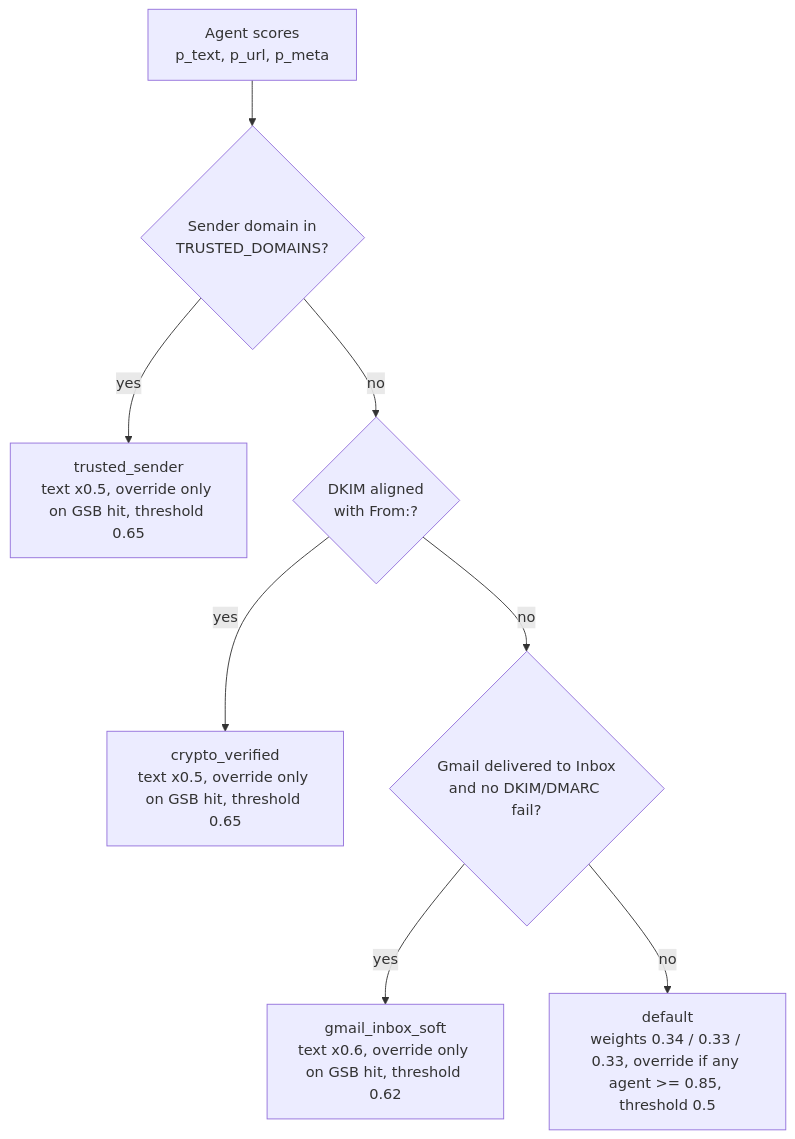
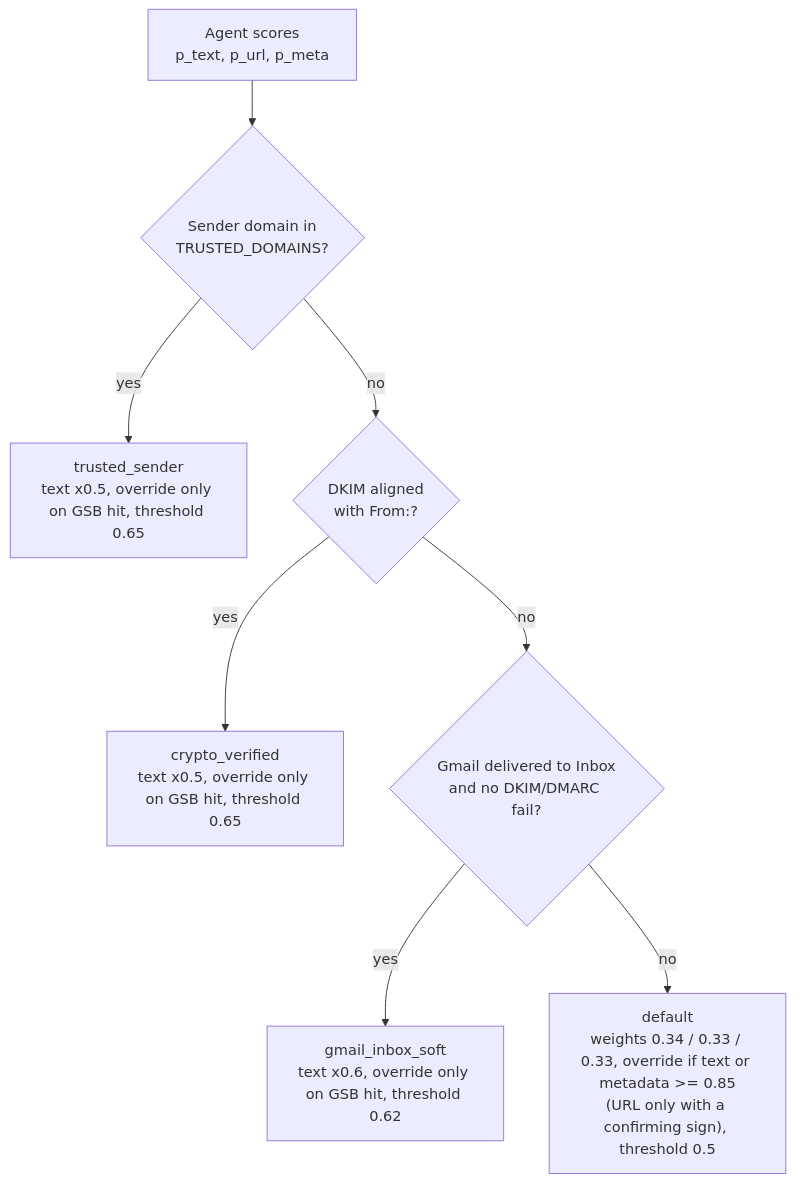
Before and after one commit to AnzouK/PhishLens: the third of 4 diagrams in docs/architecture.md, drawn with Mermaid. The commit also changed other lines of this file and 5 other files, not shown here.

Commit message:
fix(v1.15): URL agent needs a confirming sign to override; disconnected content scripts stop cleanly

````diff
--- a/docs/architecture.md
+++ b/docs/architecture.md
@@ -82,10 +82,10 @@
 ```mermaid
 flowchart TD
     S["Agent scores<br/>p_text, p_url, p_meta"] --> T{"Sender domain in<br/>TRUSTED_DOMAINS?"}
     T -- yes --> P1["trusted_sender<br/>text x0.5, override only on GSB hit, threshold 0.65"]
     T -- no --> C{"DKIM aligned<br/>with From:?"}
     C -- yes --> P2["crypto_verified<br/>text x0.5, override only on GSB hit, threshold 0.65"]
     C -- no --> I{"Gmail delivered to Inbox<br/>and no DKIM/DMARC fail?"}
     I -- yes --> P3["gmail_inbox_soft<br/>text x0.6, override only on GSB hit, threshold 0.62"]
-    I -- no --> P4["default<br/>weights 0.34 / 0.33 / 0.33, override if any agent >= 0.85, threshold 0.5"]
+    I -- no --> P4["default<br/>weights 0.34 / 0.33 / 0.33, override if text or metadata >= 0.85<br/>(URL only with a confirming sign), threshold 0.5"]
 ```
````
